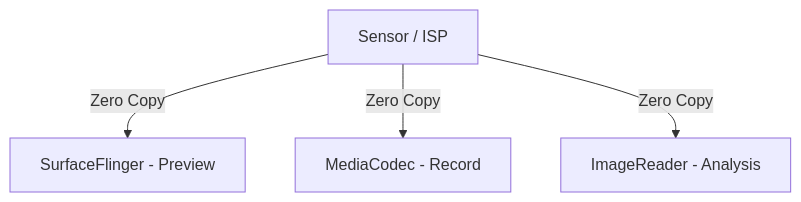
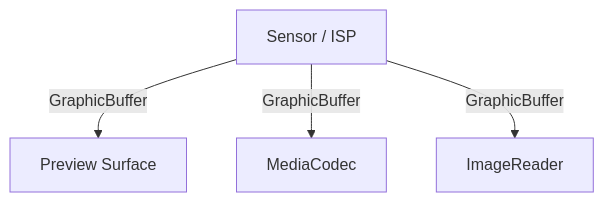
One commit to Gracker/android-internals-wiki changed the first of 2 diagrams in src/part2-performance/ch18-rendering-pipelines/14-camera-pipeline.md. Above: the diagram before and after it, drawn with Mermaid. The commit also changed other lines of this file and 2 other files, not shown here.

````diff
--- a/src/part2-performance/ch18-rendering-pipelines/14-camera-pipeline.md
+++ b/src/part2-performance/ch18-rendering-pipelines/14-camera-pipeline.md
@@ -45,11 +44,11 @@
 ```mermaid
 graph TD
     Sensor[Sensor / ISP]
-    SF[SurfaceFlinger - Preview]
-    MC[MediaCodec - Record]
-    IR[ImageReader - Analysis]
-    
-    Sensor -->|Zero Copy| SF
-    Sensor -->|Zero Copy| MC
-    Sensor -->|Zero Copy| IR
+    PV[Preview Surface]
+    RC[MediaCodec]
+    IA[ImageReader]
+
+    Sensor -->|GraphicBuffer| PV
+    Sensor -->|GraphicBuffer| RC
+    Sensor -->|GraphicBuffer| IA
 ```
````
